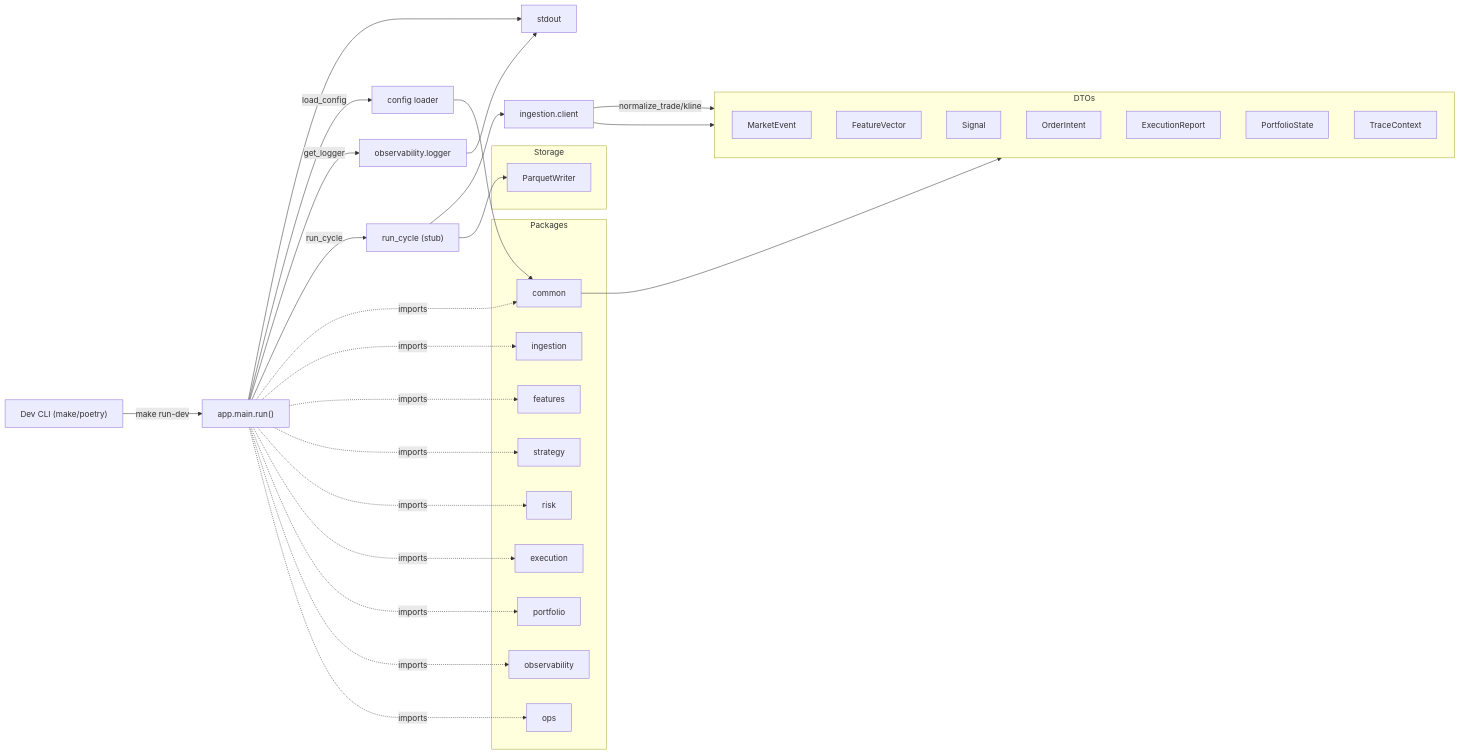
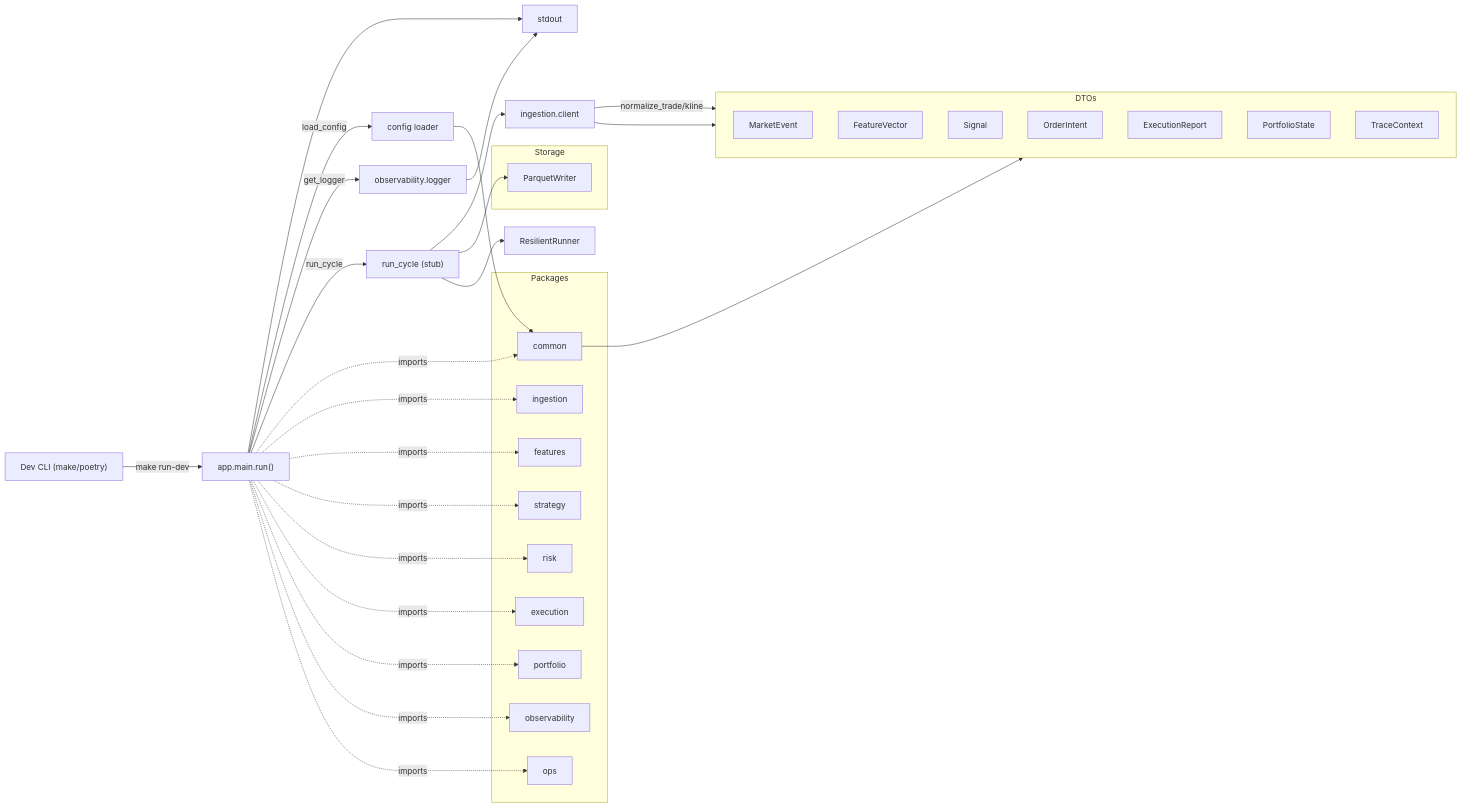
The first of 3 diagrams in docs/architecture.md (oscarlgarcia/MyTraderSystem), drawn with Mermaid before and after one commit. The commit also changed 4 other files, not shown here.

Commit message:
feat: add resilient runner with backoff and snapshot resync

````diff
--- a/docs/architecture.md
+++ b/docs/architecture.md
@@ -3,60 +3,61 @@
 ```mermaid
 flowchart LR
   Dev["Dev CLI (make/poetry)"]
   Main["app.main.run()"]
   Config["config loader"]
   Logger["observability.logger"]
   Stdout["stdout"]
   Pipeline["run_cycle (stub)"]
   Ingest["ingestion.client"]
 
   Dev -->|"make run-dev"| Main --> Stdout
   Main -->|"load_config"| Config
   Main -->|"get_logger"| Logger
   Main -->|"run_cycle"| Pipeline
   Ingest -->|normalize_trade/kline| DTOs
 
 subgraph Packages
   common
   ingestion
   features
   strategy
   risk
   execution
   portfolio
   observability
   ops
 end
 
 Main -. imports .-> common
 Main -. imports .-> ingestion
 Main -. imports .-> features
 Main -. imports .-> strategy
 Main -. imports .-> risk
 Main -. imports .-> execution
 Main -. imports .-> portfolio
 Main -. imports .-> observability
 Main -. imports .-> ops
 
 subgraph DTOs
   MarketEvent
   FeatureVector
   Signal
   OrderIntent
   ExecutionReport
   PortfolioState
   TraceContext
 end
 
 common --> DTOs
 Config --> common
 Logger --> Stdout
 Ingest --> DTOs
 Pipeline --> Ingest
 
 subgraph Storage
   ParquetWriter
 end
 
 Pipeline --> ParquetWriter
+Pipeline --> ResilientRunner
 ```
````
